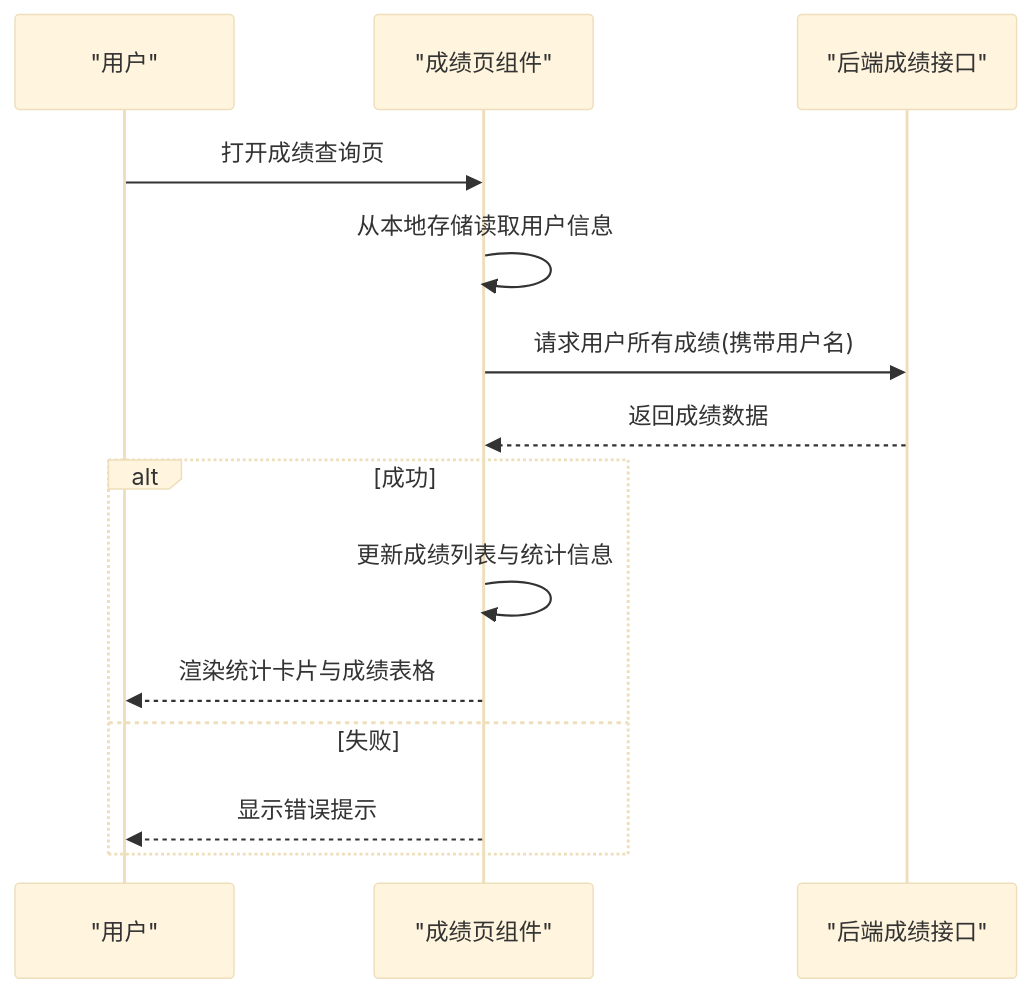
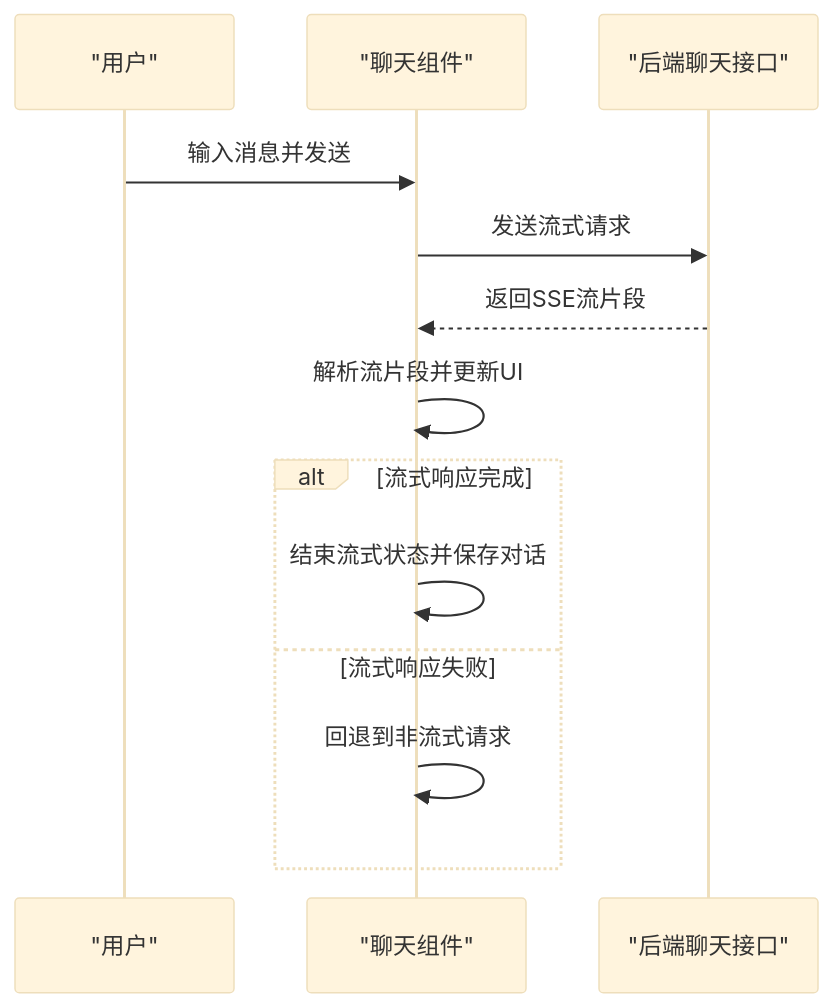
One commit to ghbbn053-ship-itsoulddog/soulddog changed the fifth of 12 diagrams in .qoder/repowiki/zh/content/前端应用文档/前端应用文档.md. Above: the diagram before and after it, drawn with Mermaid (base theme). The commit also changed other lines of this file and 119 other files, not shown here.

````diff
--- a/.qoder/repowiki/zh/content/前端应用文档/前端应用文档.md
+++ b/.qoder/repowiki/zh/content/前端应用文档/前端应用文档.md
@@ -222,16 +277,15 @@
 ```mermaid
 sequenceDiagram
 participant U as "用户"
-participant G as "成绩页组件"
-participant API as "后端成绩接口"
-U->>G : 打开成绩查询页
-G->>G : 从本地存储读取用户信息
-G->>API : 请求用户所有成绩(携带用户名)
-API-->>G : 返回成绩数据
-alt 成功
-G->>G : 更新成绩列表与统计信息
-G-->>U : 渲染统计卡片与成绩表格
-else 失败
-G-->>U : 显示错误提示
+participant C as "聊天组件"
+participant API as "后端聊天接口"
+U->>C : 输入消息并发送
+C->>API : 发送流式请求
+API-->>C : 返回SSE流片段
+C->>C : 解析流片段并更新UI
+alt 流式响应完成
+C->>C : 结束流式状态并保存对话
+else 流式响应失败
+C->>C : 回退到非流式请求
 end
 ```
````
